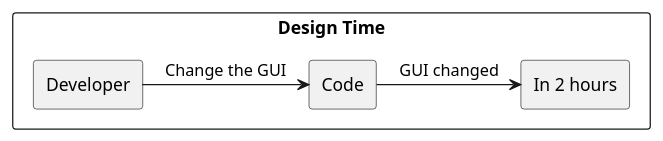
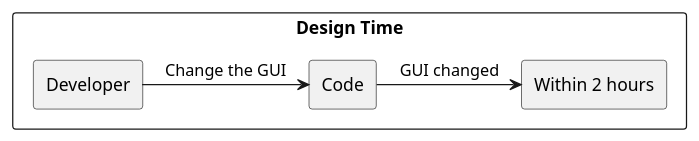
One commit to USI-MSDE-SA-2022/software-architecture-model-tmshts changed the ninth of 12 diagrams in src/sa/model/index.md. Above: the diagram before and after it, drawn with PlantUML. The commit also changed other lines of this file, not shown here.

````diff
--- a/src/sa/model/index.md
+++ b/src/sa/model/index.md
@@ -462,20 +456,20 @@
 ```puml
 @startuml
 
 skinparam componentStyle rectangle
 skinparam monochrome true
 skinparam shadowing false
 
 rectangle "Design Time" {
 
 rectangle "Developer" as Source
-rectangle "In 2 hours" as Measure
+rectangle "Within 2 hours" as Measure
 
 Source -> [Code] : "Change the GUI"
 
 [Code] -> [Measure] : "GUI changed"
 
 }
 
 @enduml
 ```
````
